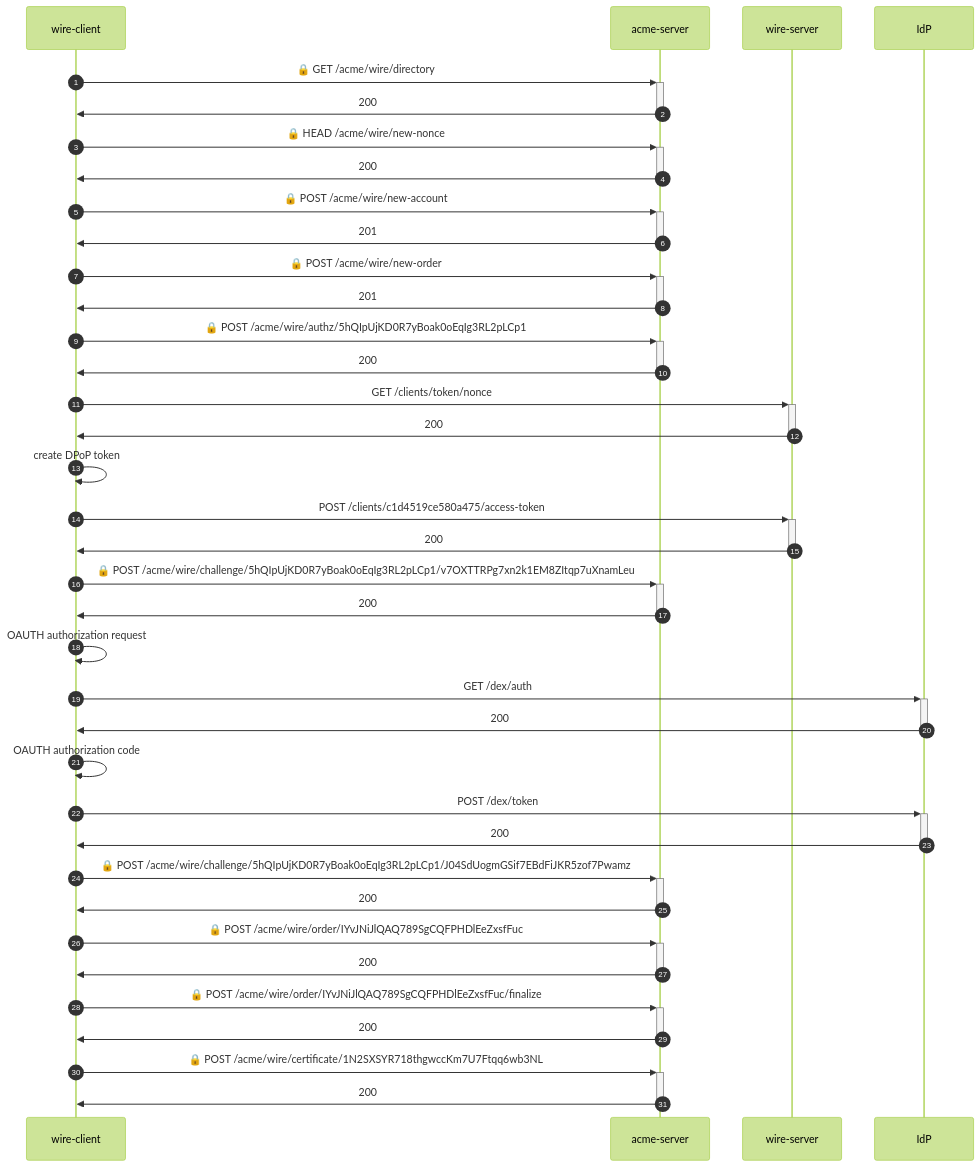
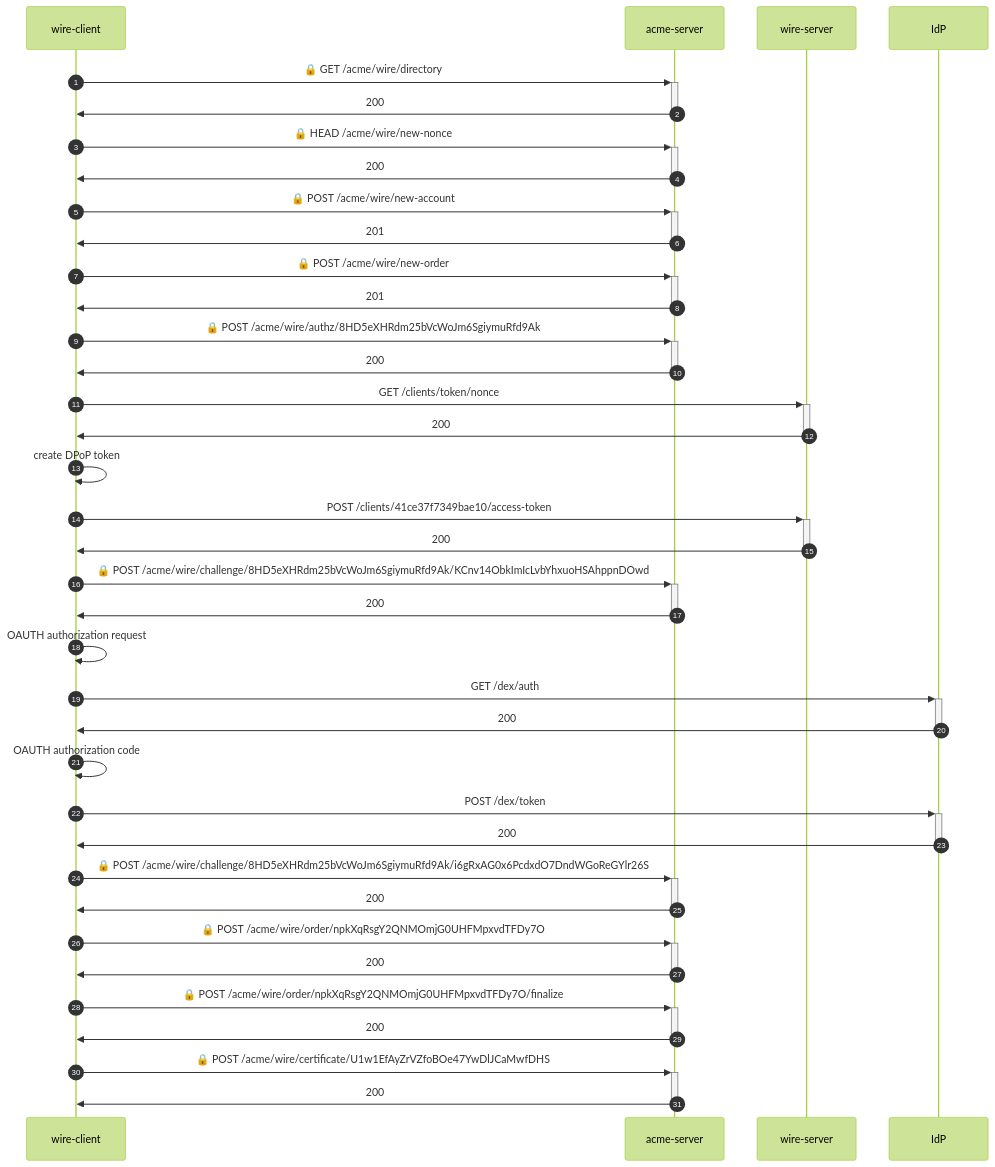
The diagram in e2e-identity/README.md (wireapp/rusty-jwt-tools), drawn with Mermaid (forest theme) before and after one commit. The commit also changed other lines of this file and 4 other files, not shown here.

````diff
--- a/e2e-identity/README.md
+++ b/e2e-identity/README.md
@@ -3,35 +3,35 @@
 ```mermaid
 sequenceDiagram
     autonumber
     wire-client->>+acme-server: 🔒 GET /acme/wire/directory
     acme-server->>-wire-client: 200
     wire-client->>+acme-server: 🔒 HEAD /acme/wire/new-nonce
     acme-server->>-wire-client: 200
     wire-client->>+acme-server: 🔒 POST /acme/wire/new-account
     acme-server->>-wire-client: 201
     wire-client->>+acme-server: 🔒 POST /acme/wire/new-order
     acme-server->>-wire-client: 201
-    wire-client->>+acme-server: 🔒 POST /acme/wire/authz/5hQIpUjKD0R7yBoak0oEqIg3RL2pLCp1
+    wire-client->>+acme-server: 🔒 POST /acme/wire/authz/8HD5eXHRdm25bVcWoJm6SgiymuRfd9Ak
     acme-server->>-wire-client: 200
     wire-client->>+wire-server:  GET /clients/token/nonce
     wire-server->>-wire-client: 200
     wire-client->>wire-client: create DPoP token
-    wire-client->>+wire-server:  POST /clients/c1d4519ce580a475/access-token
+    wire-client->>+wire-server:  POST /clients/41ce37f7349bae10/access-token
     wire-server->>-wire-client: 200
-    wire-client->>+acme-server: 🔒 POST /acme/wire/challenge/5hQIpUjKD0R7yBoak0oEqIg3RL2pLCp1/v7OXTTRPg7xn2k1EM8ZItqp7uXnamLeu
+    wire-client->>+acme-server: 🔒 POST /acme/wire/challenge/8HD5eXHRdm25bVcWoJm6SgiymuRfd9Ak/KCnv14ObkImIcLvbYhxuoHSAhppnDOwd
     acme-server->>-wire-client: 200
     wire-client->>wire-client: OAUTH authorization request
     wire-client->>+IdP:  GET /dex/auth
     IdP->>-wire-client: 200
     wire-client->>wire-client: OAUTH authorization code
     wire-client->>+IdP:  POST /dex/token
     IdP->>-wire-client: 200
-    wire-client->>+acme-server: 🔒 POST /acme/wire/challenge/5hQIpUjKD0R7yBoak0oEqIg3RL2pLCp1/J04SdUogmGSif7EBdFiJKR5zof7Pwamz
+    wire-client->>+acme-server: 🔒 POST /acme/wire/challenge/8HD5eXHRdm25bVcWoJm6SgiymuRfd9Ak/i6gRxAG0x6PcdxdO7DndWGoReGYlr26S
     acme-server->>-wire-client: 200
-    wire-client->>+acme-server: 🔒 POST /acme/wire/order/IYvJNiJlQAQ789SgCQFPHDlEeZxsfFuc
+    wire-client->>+acme-server: 🔒 POST /acme/wire/order/npkXqRsgY2QNMOmjG0UHFMpxvdTFDy7O
     acme-server->>-wire-client: 200
-    wire-client->>+acme-server: 🔒 POST /acme/wire/order/IYvJNiJlQAQ789SgCQFPHDlEeZxsfFuc/finalize
+    wire-client->>+acme-server: 🔒 POST /acme/wire/order/npkXqRsgY2QNMOmjG0UHFMpxvdTFDy7O/finalize
     acme-server->>-wire-client: 200
-    wire-client->>+acme-server: 🔒 POST /acme/wire/certificate/1N2SXSYR718thgwccKm7U7Ftqq6wb3NL
+    wire-client->>+acme-server: 🔒 POST /acme/wire/certificate/U1w1EfAyZrVZfoBOe47YwDlJCaMwfDHS
     acme-server->>-wire-client: 200
 ```
````
